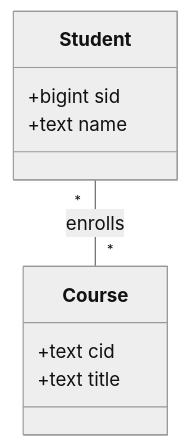
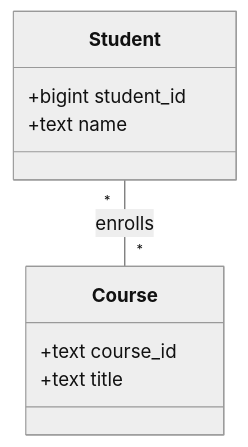
One commit to ufdatastudio/cop5725fa26 changed diagram 21 of 27 in lecture-outlines/day6-er-modeling/slides.md. Above: the diagram before and after it, drawn with Mermaid (neutral theme). The commit also changed other lines of this file and 33 other files, not shown here.

````diff
--- a/lecture-outlines/day6-er-modeling/slides.md
+++ b/lecture-outlines/day6-er-modeling/slides.md
@@ -710,12 +709,12 @@
 ```mermaid
 classDiagram
   class Student {
-    +bigint sid
+    +bigint student_id
     +text name
   }
   class Course {
-    +text cid
+    +text course_id
     +text title
   }
   Student "*" -- "*" Course : enrolls
 ```
````
